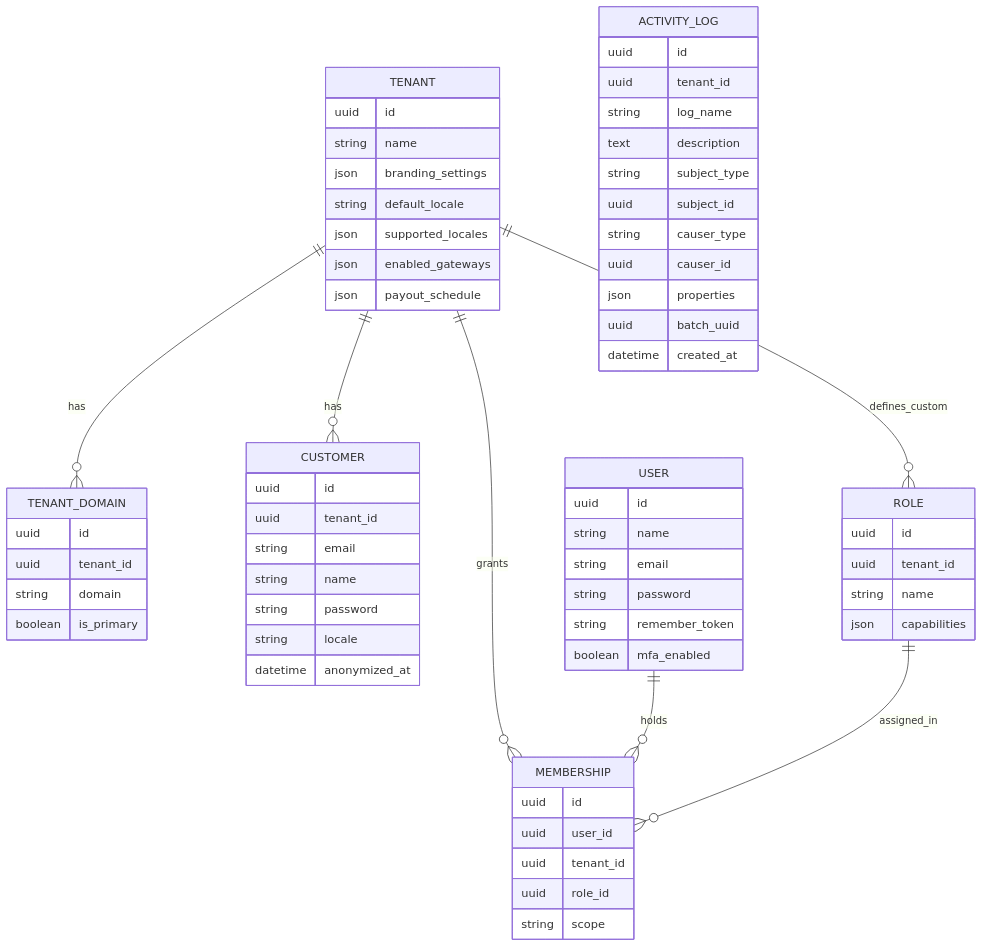
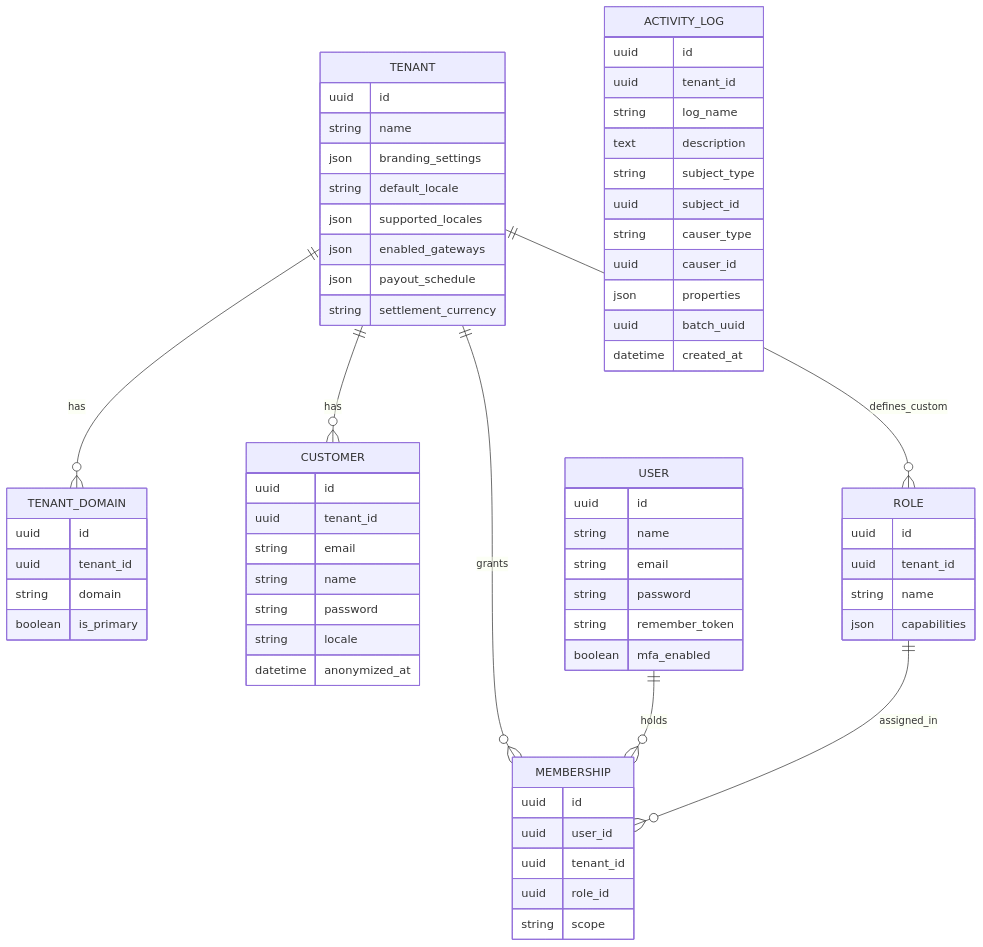
Before and after one commit to aesircodeworks/nodia: the fifth of 9 diagrams in docs/system-design.md, drawn with Mermaid. The commit also changed other lines of this file and 6 other files, not shown here.

First line of the commit message:
feat(tenancy): add settlement currency column and read Action

````diff
--- a/docs/system-design.md
+++ b/docs/system-design.md
@@ -377,74 +377,75 @@
 ```mermaid
 erDiagram
     TENANT ||--o{ TENANT_DOMAIN : has
     TENANT ||--o{ MEMBERSHIP : grants
     TENANT ||--o{ CUSTOMER : has
     TENANT ||--o{ ROLE : defines_custom
     USER ||--o{ MEMBERSHIP : holds
     ROLE ||--o{ MEMBERSHIP : assigned_in
 
     TENANT {
         uuid id
         string name
         json branding_settings
         string default_locale
         json supported_locales
         json enabled_gateways
         json payout_schedule
+        string settlement_currency
     }
 
     TENANT_DOMAIN {
         uuid id
         uuid tenant_id
         string domain
         boolean is_primary
     }
 
     USER {
         uuid id
         string name
         string email
         string password
         string remember_token
         boolean mfa_enabled
     }
 
     MEMBERSHIP {
         uuid id
         uuid user_id
         uuid tenant_id
         uuid role_id
         string scope
     }
 
     ROLE {
         uuid id
         uuid tenant_id
         string name
         json capabilities
     }
 
     CUSTOMER {
         uuid id
         uuid tenant_id
         string email
         string name
         string password
         string locale
         datetime anonymized_at
     }
 
     ACTIVITY_LOG {
         uuid id
         uuid tenant_id
         string log_name
         text description
         string subject_type
         uuid subject_id
         string causer_type
         uuid causer_id
         json properties
         uuid batch_uuid
         datetime created_at
     }
 ```
````
